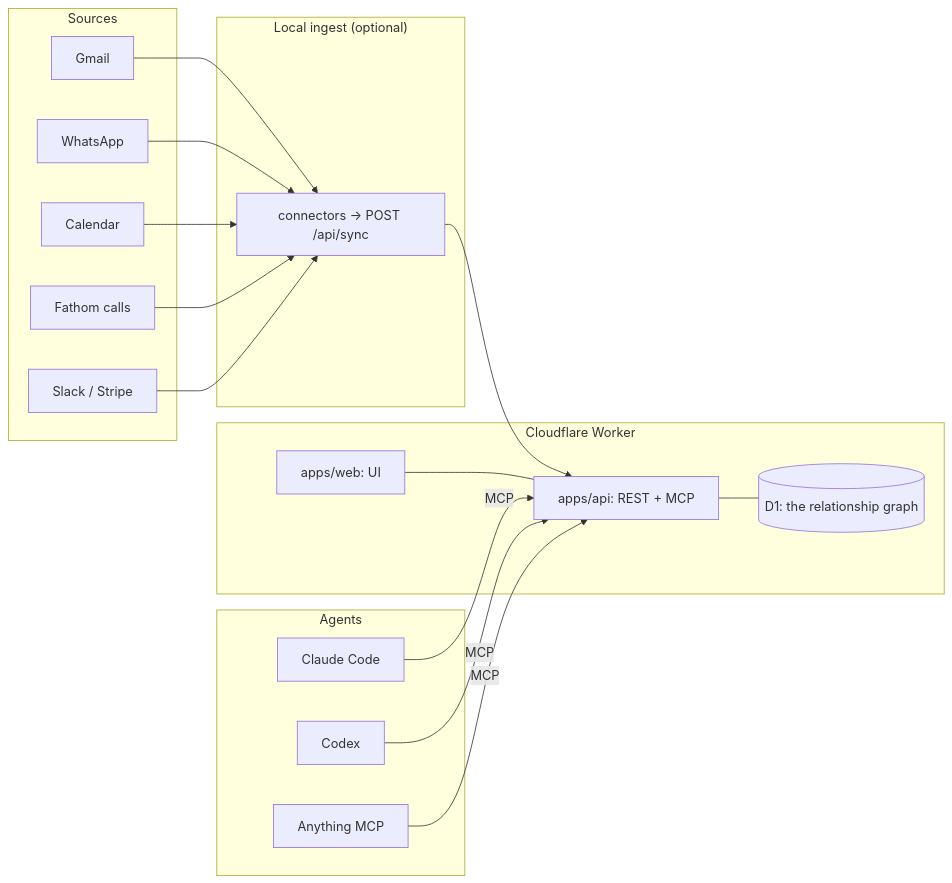
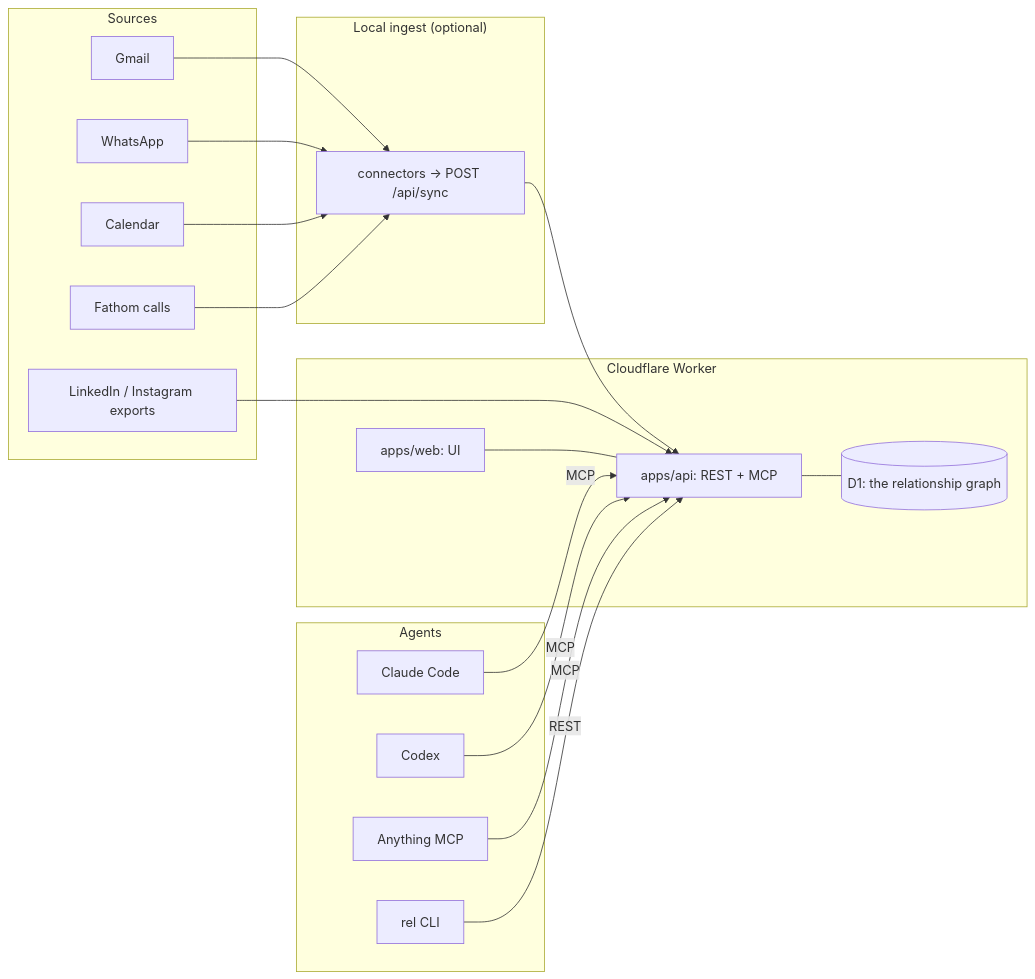
Before and after one commit to everyai-com/relationship-manager: the diagram in README.md, drawn with Mermaid. The commit also changed other lines of this file and 1 other file, not shown here.

````diff
--- a/README.md
+++ b/README.md
@@ -140,33 +482,35 @@
 ```mermaid
 flowchart LR
     subgraph Sources["Sources"]
       G[Gmail]
       W[WhatsApp]
       C[Calendar]
       F[Fathom calls]
-      S[Slack / Stripe]
+      S[LinkedIn / Instagram exports]
     end
     subgraph Local["Local ingest (optional)"]
       L[connectors → POST /api/sync]
     end
     subgraph Edge["Cloudflare Worker"]
       A[apps/api: REST + MCP]
       D[(D1: the relationship graph)]
       U[apps/web: UI]
     end
     subgraph Agents["Agents"]
       M1[Claude Code]
       M2[Codex]
       M3[Anything MCP]
+      M4[rel CLI]
     end
     G --> L --> A
     W --> L
     C --> L
     F --> L
-    S --> L
+    S --> A
     A --- D
     U --- A
     M1 -->|MCP| A
     M2 -->|MCP| A
     M3 -->|MCP| A
+    M4 -->|REST| A
 ```
````
